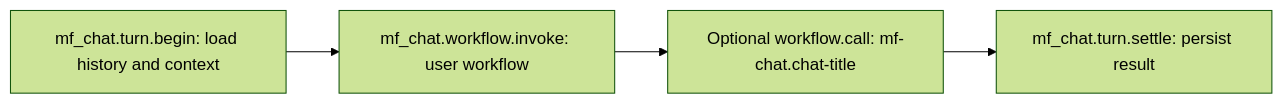
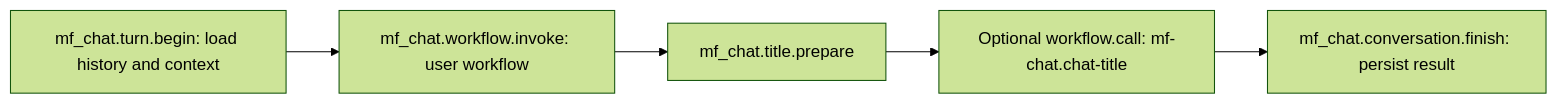
Before and after one commit to linw1995/miniflow: the diagram in docs/chat.md, drawn with Mermaid (forest theme). The commit also changed other lines of this file and 4 other files, not shown here.

````diff
--- a/docs/chat.md
+++ b/docs/chat.md
@@ -58,6 +58,7 @@
 ```mermaid
 flowchart LR
     Begin["mf_chat.turn.begin: load history and context"] --> Invoke["mf_chat.workflow.invoke: user workflow"]
-    Invoke --> Title["Optional workflow.call: mf-chat.chat-title"]
-    Title --> Settle["mf_chat.turn.settle: persist result"]
+    Invoke --> Prepare["mf_chat.title.prepare"]
+    Prepare --> Title["Optional workflow.call: mf-chat.chat-title"]
+    Title --> Finish["mf_chat.conversation.finish: persist result"]
 ```
````
